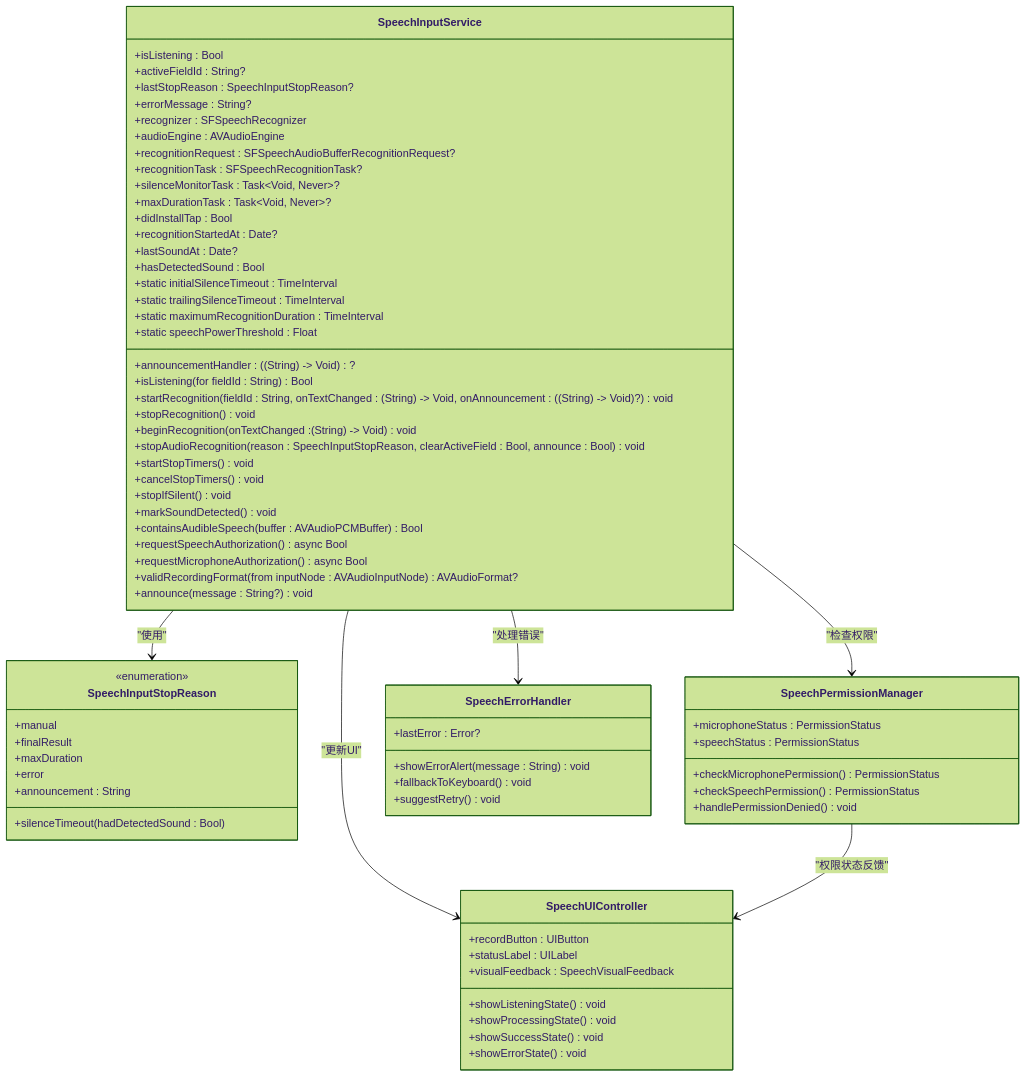
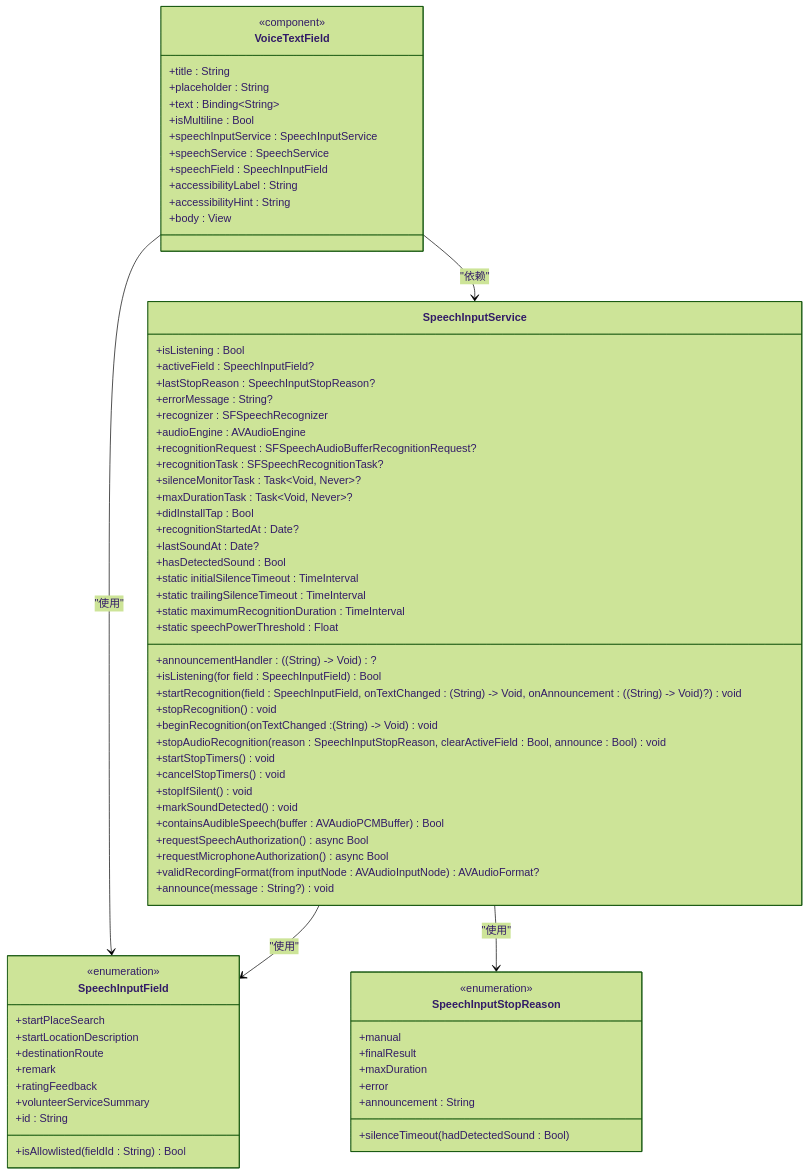
One commit to Jayden23018/blind-run-ios changed the fourth of 13 diagrams in .qoder/repowiki/zh/content/开发指南/编码规范与最佳实践/无障碍开发规范/语音输入集成.md. Above: the diagram before and after it, drawn with Mermaid (forest theme). The commit also changed other lines of this file and 5 other files, not shown here.

````diff
--- a/.qoder/repowiki/zh/content/开发指南/编码规范与最佳实践/无障碍开发规范/语音输入集成.md
+++ b/.qoder/repowiki/zh/content/开发指南/编码规范与最佳实践/无障碍开发规范/语音输入集成.md
@@ -174,74 +224,75 @@
 ```mermaid
 classDiagram
 class SpeechInputService {
 +isListening : Bool
-+activeFieldId : String?
++activeField : SpeechInputField?
 +lastStopReason : SpeechInputStopReason?
 +errorMessage : String?
 +recognizer : SFSpeechRecognizer
 +audioEngine : AVAudioEngine
 +recognitionRequest : SFSpeechAudioBufferRecognitionRequest?
 +recognitionTask : SFSpeechRecognitionTask?
 +silenceMonitorTask : Task~Void, Never~?
 +maxDurationTask : Task~Void, Never~?
 +announcementHandler : ((String) -> Void)?
 +didInstallTap : Bool
 +recognitionStartedAt : Date?
 +lastSoundAt : Date?
 +hasDetectedSound : Bool
 +static initialSilenceTimeout : TimeInterval
 +static trailingSilenceTimeout : TimeInterval
 +static maximumRecognitionDuration : TimeInterval
 +static speechPowerThreshold : Float
-+isListening(for fieldId : String) Bool
-+startRecognition(fieldId : String, onTextChanged : (String) -> Void, onAnnouncement : ((String) -> Void)?) void
++isListening(for field : SpeechInputField) Bool
++startRecognition(field : SpeechInputField, onTextChanged : (String) -> Void, onAnnouncement : ((String) -> Void)?) void
 +stopRecognition() void
 +beginRecognition(onTextChanged : (String) -> Void) void
 +stopAudioRecognition(reason : SpeechInputStopReason, clearActiveField : Bool, announce : Bool) void
 +startStopTimers() void
 +cancelStopTimers() void
 +stopIfSilent() void
 +markSoundDetected() void
 +containsAudibleSpeech(buffer : AVAudioPCMBuffer) Bool
 +requestSpeechAuthorization() async Bool
 +requestMicrophoneAuthorization() async Bool
 +validRecordingFormat(from inputNode : AVAudioInputNode) AVAudioFormat?
 +announce(message : String?) void
 }
+class SpeechInputField {
+<<enumeration>>
++startPlaceSearch
++startLocationDescription
++destinationRoute
++remark
++ratingFeedback
++volunteerServiceSummary
++id : String
++isAllowlisted(fieldId : String) Bool
+}
 class SpeechInputStopReason {
 <<enumeration>>
 +manual
 +finalResult
 +silenceTimeout(hadDetectedSound : Bool)
 +maxDuration
 +error
 +announcement : String
 }
-class SpeechPermissionManager {
-+microphoneStatus : PermissionStatus
-+speechStatus : PermissionStatus
-+checkMicrophonePermission() PermissionStatus
-+checkSpeechPermission() PermissionStatus
-+handlePermissionDenied() void
+class VoiceTextField {
+<<component>>
++title : String
++placeholder : String
++text : Binding~String~
++isMultiline : Bool
++speechInputService : SpeechInputService
++speechService : SpeechService
++speechField : SpeechInputField
++accessibilityLabel : String
++accessibilityHint : String
++body : View
 }
-class SpeechErrorHandler {
-+lastError : Error?
-+showErrorAlert(message : String) void
-+fallbackToKeyboard() void
-+suggestRetry() void
-}
-class SpeechUIController {
-+recordButton : UIButton
-+statusLabel : UILabel
-+visualFeedback : SpeechVisualFeedback
-+showListeningState() void
-+showProcessingState() void
-+showSuccessState() void
-+showErrorState() void
-}
+SpeechInputService --> SpeechInputField : "使用"
 SpeechInputService --> SpeechInputStopReason : "使用"
-SpeechInputService --> SpeechPermissionManager : "检查权限"
-SpeechInputService --> SpeechErrorHandler : "处理错误"
-SpeechInputService --> SpeechUIController : "更新UI"
-SpeechPermissionManager --> SpeechUIController : "权限状态反馈"
+VoiceTextField --> SpeechInputService : "依赖"
+VoiceTextField --> SpeechInputField : "使用"
 ```
````
